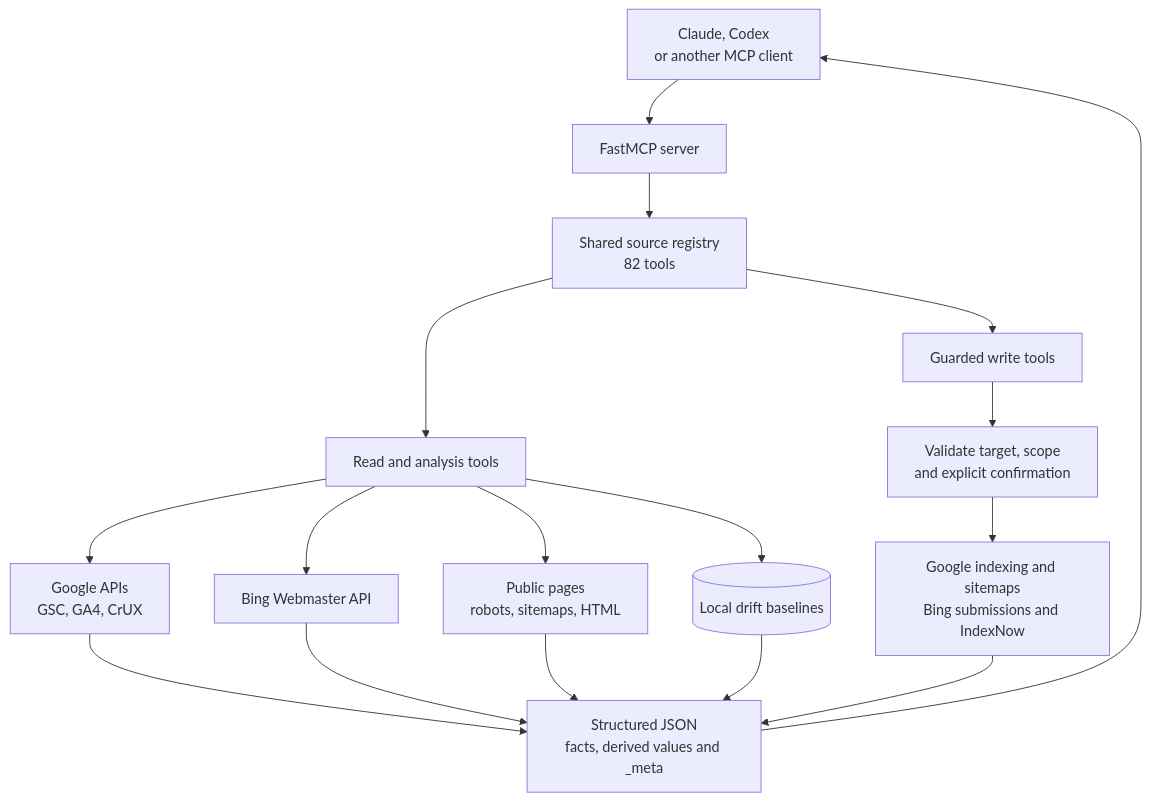
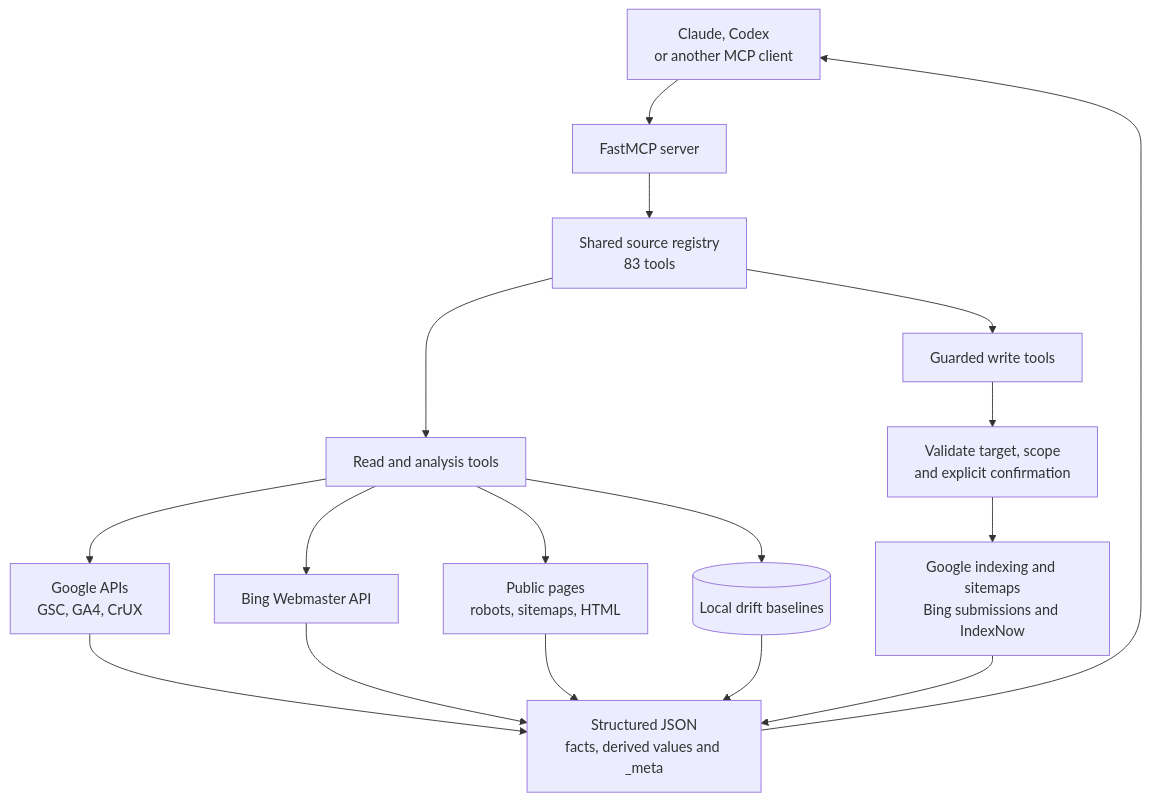
Before and after one commit to FlorianBruniaux/google-search-console-mcp: the diagram in README.md, drawn with Mermaid. The commit also changed other lines of this file and 34 other files, not shown here.

````diff
--- a/README.md
+++ b/README.md
@@ -325,19 +325,19 @@
 ```mermaid
 flowchart TD
     C[Claude, Codex<br/>or another MCP client] --> S[FastMCP server]
-    S --> R[Shared source registry<br/>82 tools]
+    S --> R[Shared source registry<br/>83 tools]
     R --> A[Read and analysis tools]
     R --> W[Guarded write tools]
     A --> G[Google APIs<br/>GSC, GA4, CrUX]
     A --> B[Bing Webmaster API]
     A --> P[Public pages<br/>robots, sitemaps, HTML]
     A --> L[(Local drift baselines)]
     W --> V[Validate target, scope<br/>and explicit confirmation]
     V --> M[Google indexing and sitemaps<br/>Bing submissions and IndexNow]
     G --> O[Structured JSON<br/>facts, derived values and _meta]
     B --> O
     P --> O
     L --> O
     M --> O
     O --> C
 ```
````
